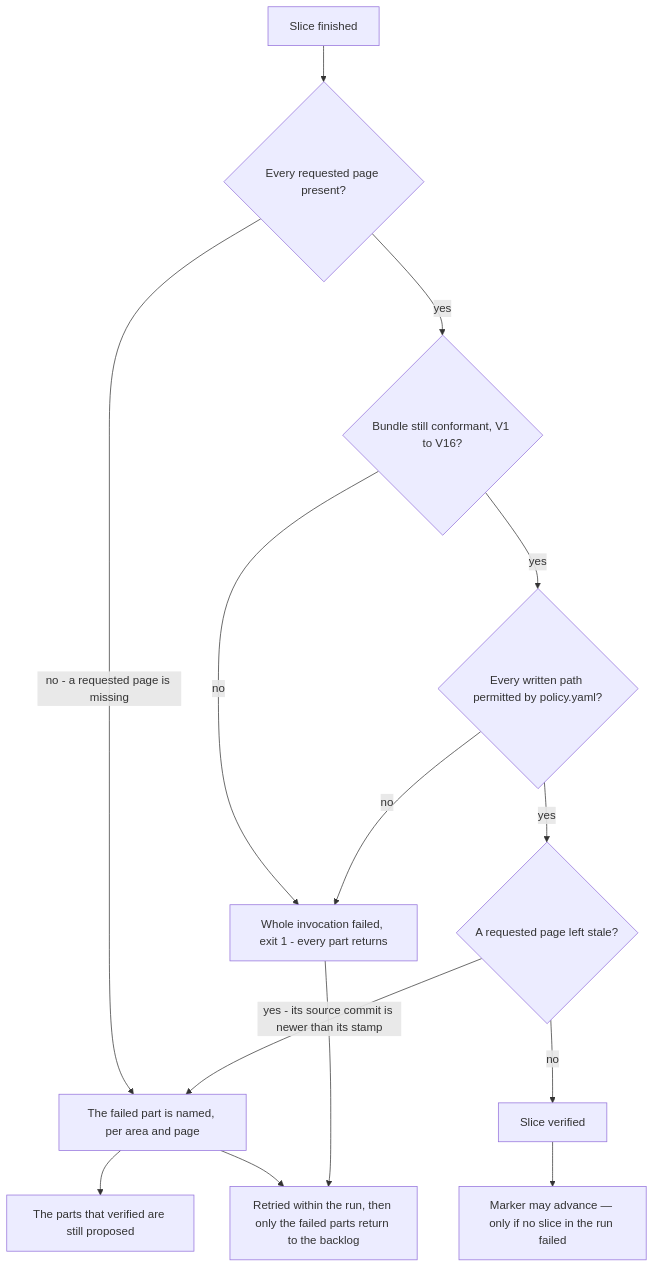
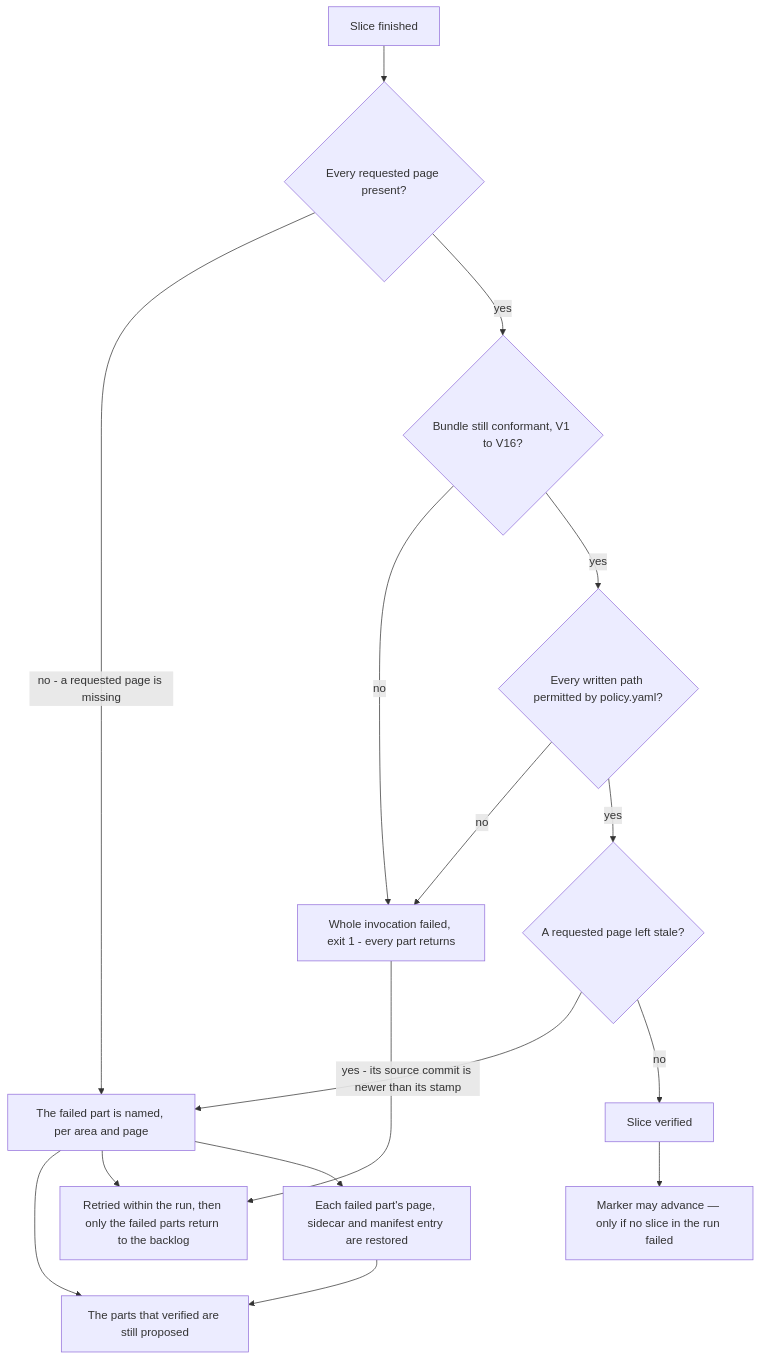
One commit to jumbleknot/MovieCollectionManager changed the second of 3 diagrams in openwiki/runbooks/wiki-maintenance.md. Above: the diagram before and after it, drawn with Mermaid. The commit also changed other lines of this file and 17 other files, not shown here.

````diff
--- a/openwiki/runbooks/wiki-maintenance.md
+++ b/openwiki/runbooks/wiki-maintenance.md
@@ -225,16 +227,18 @@
 ```mermaid
 flowchart TD
     A["Slice finished"] --> B{"Every requested page present?"}
     B -->|"no - a requested page is missing"| P["The failed part is named, per area and page"]
     B -->|yes| C{"Bundle still conformant, V1 to V16?"}
     C -->|no| F["Whole invocation failed, exit 1 - every part returns"]
     C -->|yes| D{"Every written path permitted by policy.yaml?"}
     D -->|no| F
     D -->|yes| E{"A requested page left stale?"}
     E -->|"yes - its source commit is newer than its stamp"| P
     E -->|no| G["Slice verified"]
     P --> K["The parts that verified are still proposed"]
     P --> H["Retried within the run, then only the failed parts return to the backlog"]
+    P --> R["Each failed part's page, sidecar and manifest entry are restored"]
+    R --> K
     F --> H
     G --> I["Marker may advance — only if no slice in the run failed"]
 ```
````
